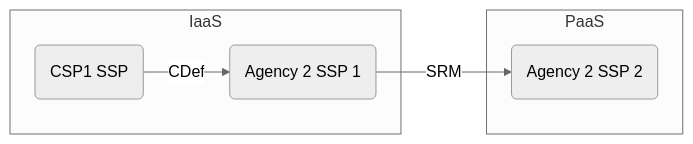
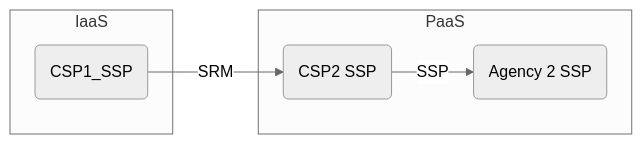
The second of 2 diagrams in examples/srm/json/example_workflows/README.md (jpower432/oscal-content), drawn with Mermaid (neutral theme) before and after one commit. The commit also changed other lines of this file and 8 other files, not shown here.

Commit message:
feat: refines the left diagram and implements the right side of the diagram

````diff
--- a/examples/srm/json/example_workflows/README.md
+++ b/examples/srm/json/example_workflows/README.md
@@ -37,14 +37,14 @@
 ```mermaid
 graph LR
   subgraph IaaS
-    CSP1_SSP("CSP1 SSP")
-    Agency2_SSP1("Agency 2 SSP 1")
+    CSP1_SSP("CSP1_SSP")
   end
 
   subgraph PaaS
-    Agency2_SSP2("Agency 2 SSP 2")
+    CSP2_SSP("CSP2 SSP")
+    Agency2_SSP("Agency 2 SSP")
   end
 
-  CSP1_SSP -- CDef --> Agency2_SSP1
-  Agency2_SSP1 -- SRM --> Agency2_SSP2
+  CSP1_SSP -- SRM --> CSP2_SSP
+  CSP2_SSP -- SSP --> Agency2_SSP
 ```
````
